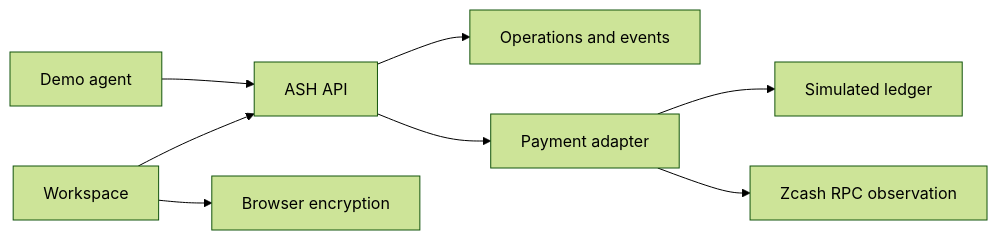
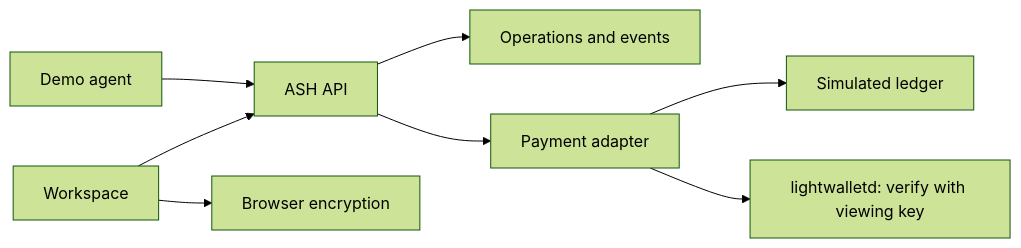
Before and after one commit to devIykee/ash: the diagram in README.md, drawn with Mermaid (forest theme). The commit also changed other lines of this file and 87 other files, not shown here.

````diff
--- a/README.md
+++ b/README.md
@@ -34,10 +34,10 @@
 ```mermaid
 flowchart LR
   UI[Workspace] --> API[ASH API]
   Agent[Demo agent] --> API
   API --> Ops[Operations and events]
   API --> Pay[Payment adapter]
   Pay --> Sim[Simulated ledger]
-  Pay --> Rpc[Zcash RPC observation]
+  Pay --> Lwd[lightwalletd: verify with viewing key]
   UI --> Crypto[Browser encryption]
 ```
````
